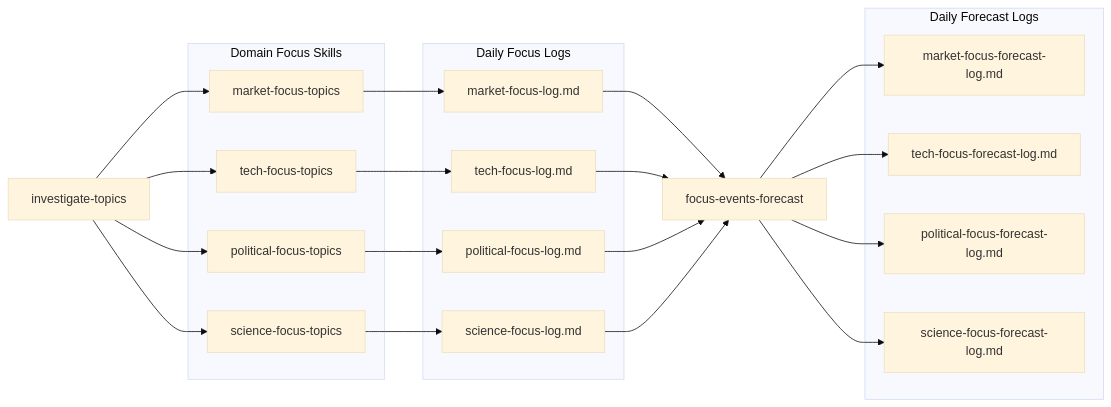
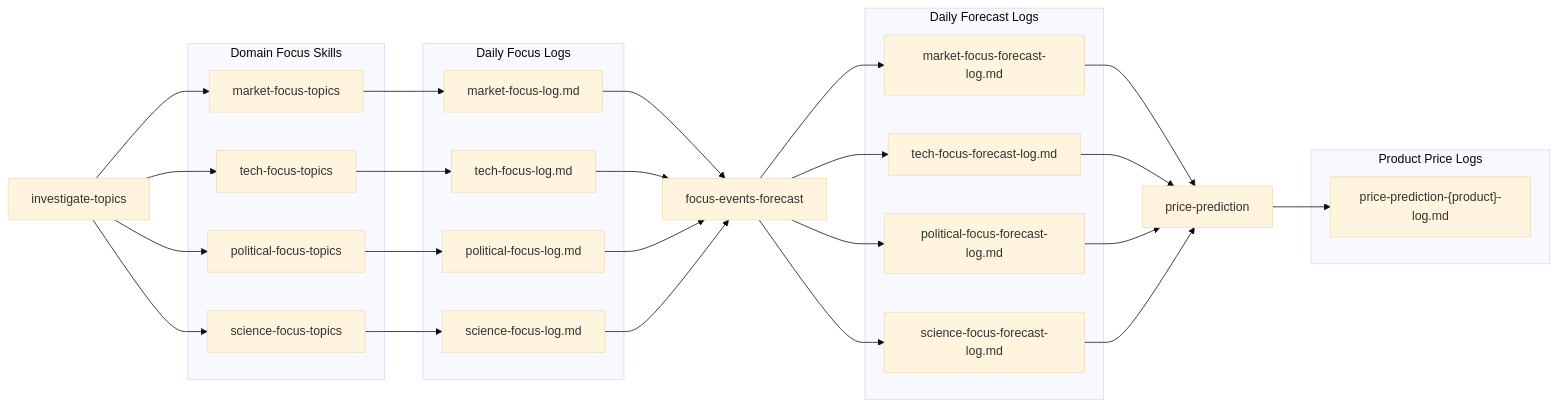
Before and after one commit to jhpeng/finance: the diagram in README.md, drawn with Mermaid (base theme). The commit also changed other lines of this file and 4 other files, not shown here.

Commit message:
Add price prediction skill and supporting files for product price forecasting

````diff
--- a/README.md
+++ b/README.md
@@ -79,46 +81,58 @@
 ```mermaid
 flowchart LR
   subgraph DomainSkills["Domain Focus Skills"]
     M["market-focus-topics"]
     T["tech-focus-topics"]
     P["political-focus-topics"]
     S["science-focus-topics"]
   end
 
   I["investigate-topics"]
   F["focus-events-forecast"]
+  PP["price-prediction"]
 
   subgraph FocusLogs["Daily Focus Logs"]
     ML["market-focus-log.md"]
     TL["tech-focus-log.md"]
     PL["political-focus-log.md"]
     SL["science-focus-log.md"]
   end
 
   subgraph ForecastLogs["Daily Forecast Logs"]
     MFL["market-focus-forecast-log.md"]
     TFL["tech-focus-forecast-log.md"]
     PFL["political-focus-forecast-log.md"]
     SFL["science-focus-forecast-log.md"]
+  end
+
+  subgraph ProductLogs["Product Price Logs"]
+    PRL["price-prediction-{product}-log.md"]
   end
 
   I --> M
   I --> T
   I --> P
   I --> S
 
   M --> ML
   T --> TL
   P --> PL
   S --> SL
 
   ML --> F
   TL --> F
   PL --> F
   SL --> F
 
   F --> MFL
   F --> TFL
   F --> PFL
   F --> SFL
+
+  MFL --> PP
+  TFL --> PP
+  PFL --> PP
+  SFL --> PP
+
+  PP --> PRL
 ```
````
